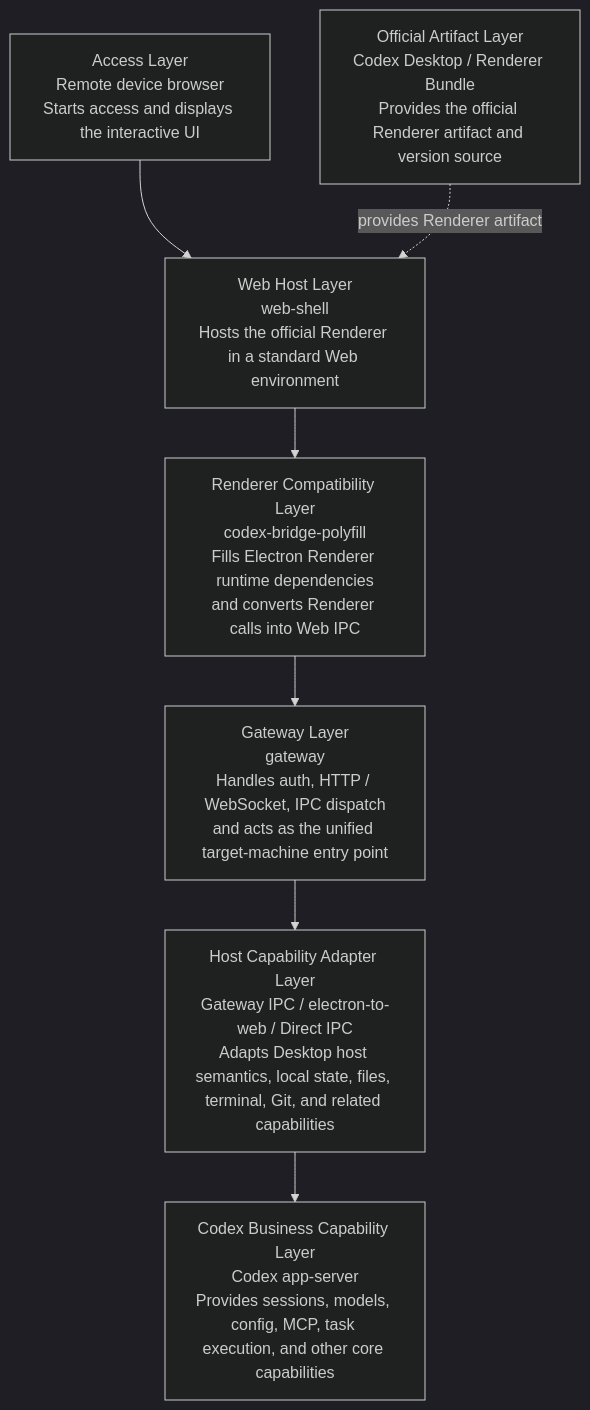
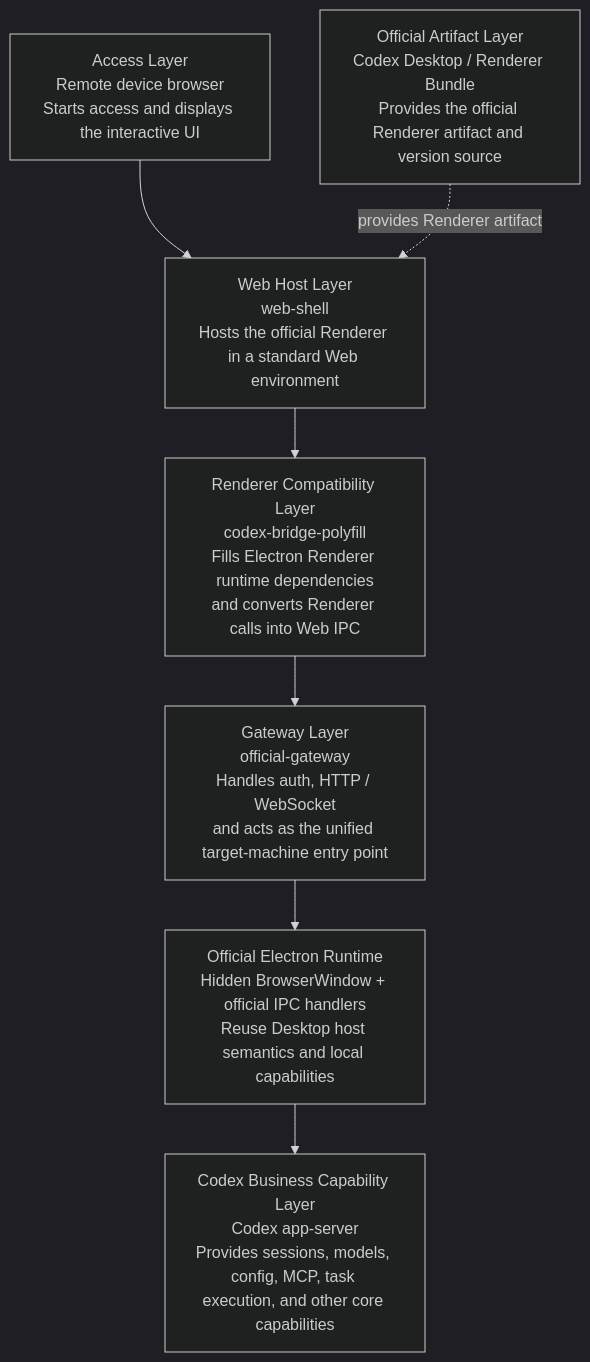
Before and after one commit to Wolf-L/OpenCodex: the diagram in docs/README_EN.md, drawn with Mermaid (dark theme). The commit also changed other lines of this file and 71 other files, not shown here.

Commit message:
feat: new architecture

````diff
--- a/docs/README_EN.md
+++ b/docs/README_EN.md
@@ -51,24 +52,24 @@
 ```mermaid
 flowchart TB
   L1["Access Layer<br/>Remote device browser<br/>Starts access and displays the interactive UI"]
 
   L2["Web Host Layer<br/>web-shell<br/>Hosts the official Renderer in a standard Web environment"]
 
   L3["Renderer Compatibility Layer<br/>codex-bridge-polyfill<br/>Fills Electron Renderer runtime dependencies<br/>and converts Renderer calls into Web IPC"]
 
-  L4["Gateway Layer<br/>gateway<br/>Handles auth, HTTP / WebSocket, IPC dispatch<br/>and acts as the unified target-machine entry point"]
+  L4["Gateway Layer<br/>official-gateway<br/>Handles auth, HTTP / WebSocket<br/>and acts as the unified target-machine entry point"]
 
-  L5["Host Capability Adapter Layer<br/>Gateway IPC / electron-to-web / Direct IPC<br/>Adapts Desktop host semantics, local state, files, terminal, Git, and related capabilities"]
+  L5["Official Electron Runtime<br/>Hidden BrowserWindow + official IPC handlers<br/>Reuse Desktop host semantics and local capabilities"]
 
   L6["Codex Business Capability Layer<br/>Codex app-server<br/>Provides sessions, models, config, MCP, task execution, and other core capabilities"]
 
   L7["Official Artifact Layer<br/>Codex Desktop / Renderer Bundle<br/>Provides the official Renderer artifact and version source"]
 
   L1 --> L2
   L2 --> L3
   L3 --> L4
   L4 --> L5
   L5 --> L6
 
   L7 -.provides Renderer artifact.-> L2
 ```
````
